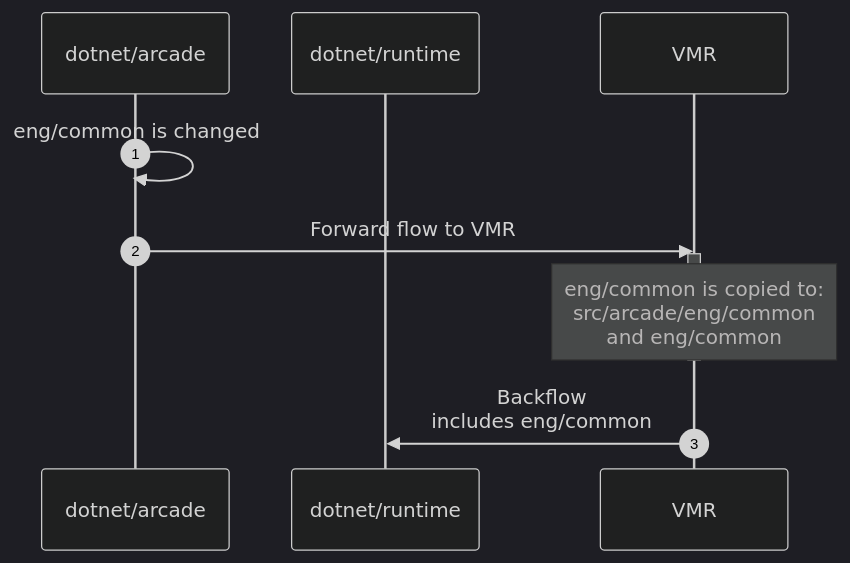
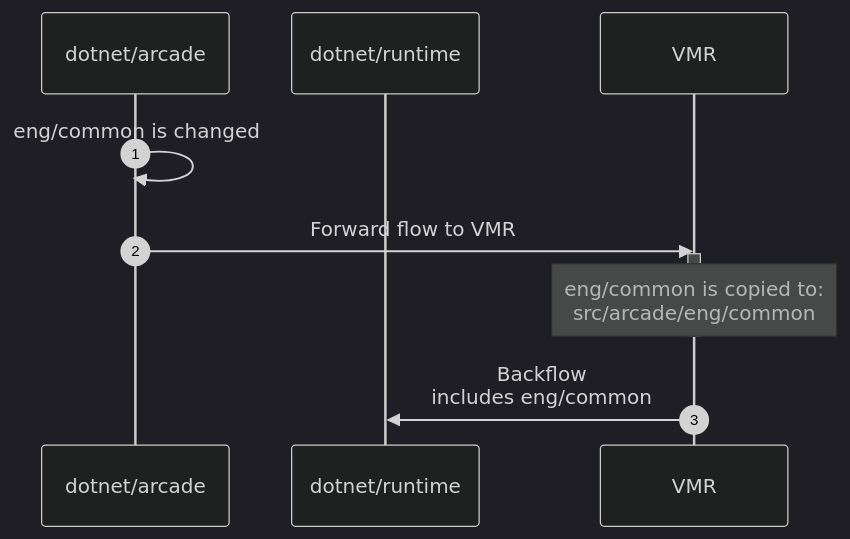
One commit to dotnet/arcade changed the fourth of 5 diagrams in Documentation/UnifiedBuild/VMR-Full-Code-Flow.md. Above: the diagram before and after it, drawn with Mermaid (dark theme). The commit also changed other lines of this file, not shown here.

````diff
--- a/Documentation/UnifiedBuild/VMR-Full-Code-Flow.md
+++ b/Documentation/UnifiedBuild/VMR-Full-Code-Flow.md
@@ -491,16 +493,16 @@
 ```mermaid
 sequenceDiagram
     autonumber
 
     participant arcade as dotnet/arcade
     participant runtime as dotnet/runtime
     participant VMR as VMR
 
     arcade->>arcade: eng/common is changed
     arcade->>VMR: Forward flow to VMR
     activate VMR
-    Note over VMR: eng/common is copied to:<br>src/arcade/eng/common<br>and eng/common
+    Note over VMR: eng/common is copied to:<br>src/arcade/eng/common
     deactivate VMR
 
     VMR->>runtime: Backflow<br>includes eng/common
 ```
````
